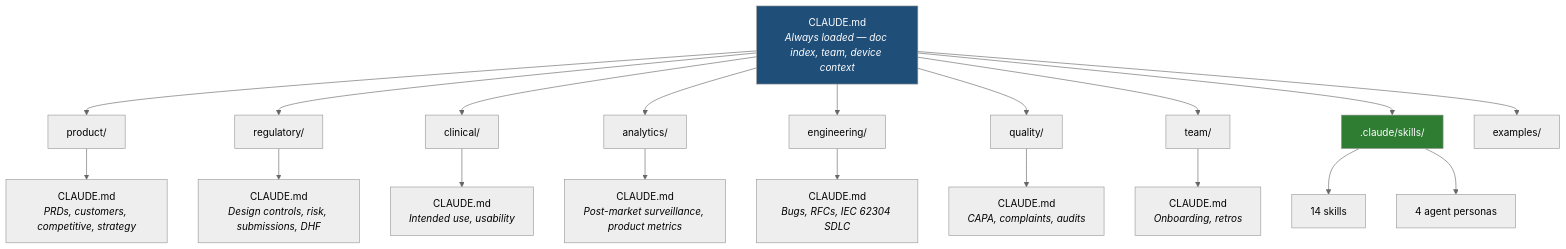
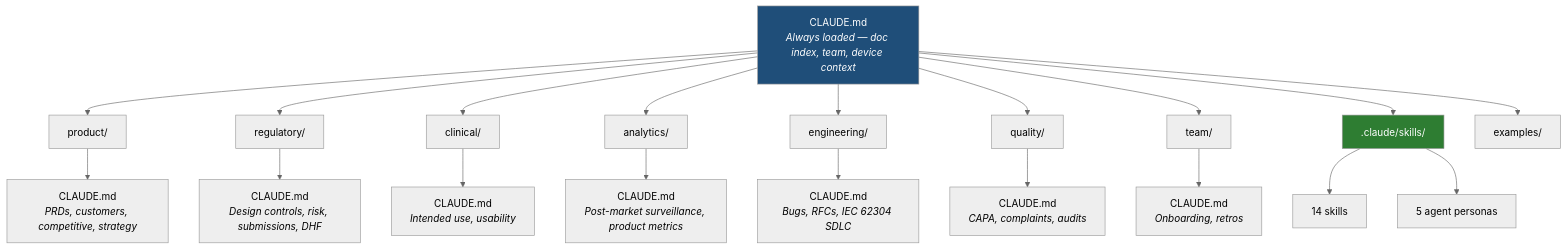
The diagram in README.md (mc-barnes/samd-os), drawn with Mermaid (neutral theme) before and after one commit. The commit also changed other lines of this file and 6 other files, not shown here.

````diff
--- a/README.md
+++ b/README.md
@@ -9,28 +9,28 @@
 ```mermaid
 graph TD
     ROOT["CLAUDE.md<br/><i>Always loaded — doc index, team, device context</i>"]
 
     ROOT --> PROD["product/"]
     ROOT --> REG["regulatory/"]
     ROOT --> CLIN["clinical/"]
     ROOT --> ANA["analytics/"]
     ROOT --> ENG["engineering/"]
     ROOT --> QUAL["quality/"]
     ROOT --> TEAM["team/"]
     ROOT --> SKILLS[".claude/skills/"]
     ROOT --> EX["examples/"]
 
     PROD --> P_NAV["CLAUDE.md<br/><i>PRDs, customers, competitive, strategy</i>"]
     REG --> R_NAV["CLAUDE.md<br/><i>Design controls, risk, submissions, DHF</i>"]
     CLIN --> C_NAV["CLAUDE.md<br/><i>Intended use, usability</i>"]
     ANA --> A_NAV["CLAUDE.md<br/><i>Post-market surveillance, product metrics</i>"]
     ENG --> E_NAV["CLAUDE.md<br/><i>Bugs, RFCs, IEC 62304 SDLC</i>"]
     QUAL --> Q_NAV["CLAUDE.md<br/><i>CAPA, complaints, audits</i>"]
     TEAM --> T_NAV["CLAUDE.md<br/><i>Onboarding, retros</i>"]
 
     SKILLS --> S1["14 skills"]
-    SKILLS --> S2["4 agent personas"]
+    SKILLS --> S2["5 agent personas"]
 
     style ROOT fill:#1F4E79,color:#fff
     style SKILLS fill:#2E7D32,color:#fff
 ```
````
